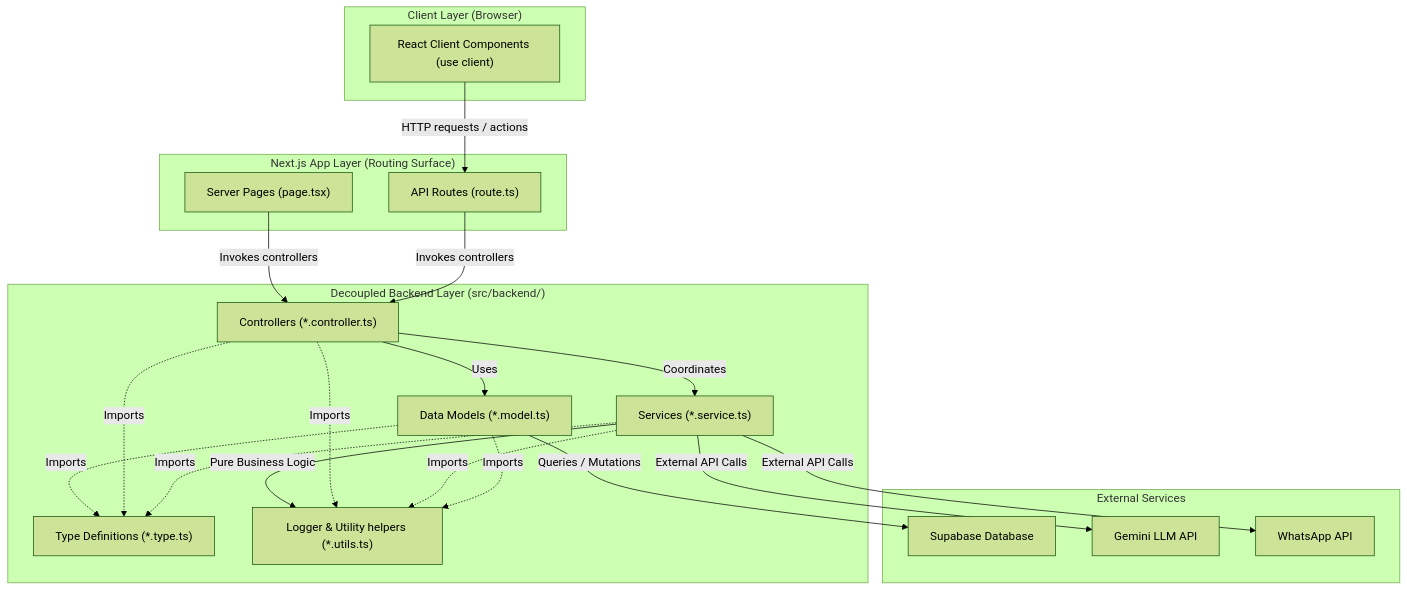
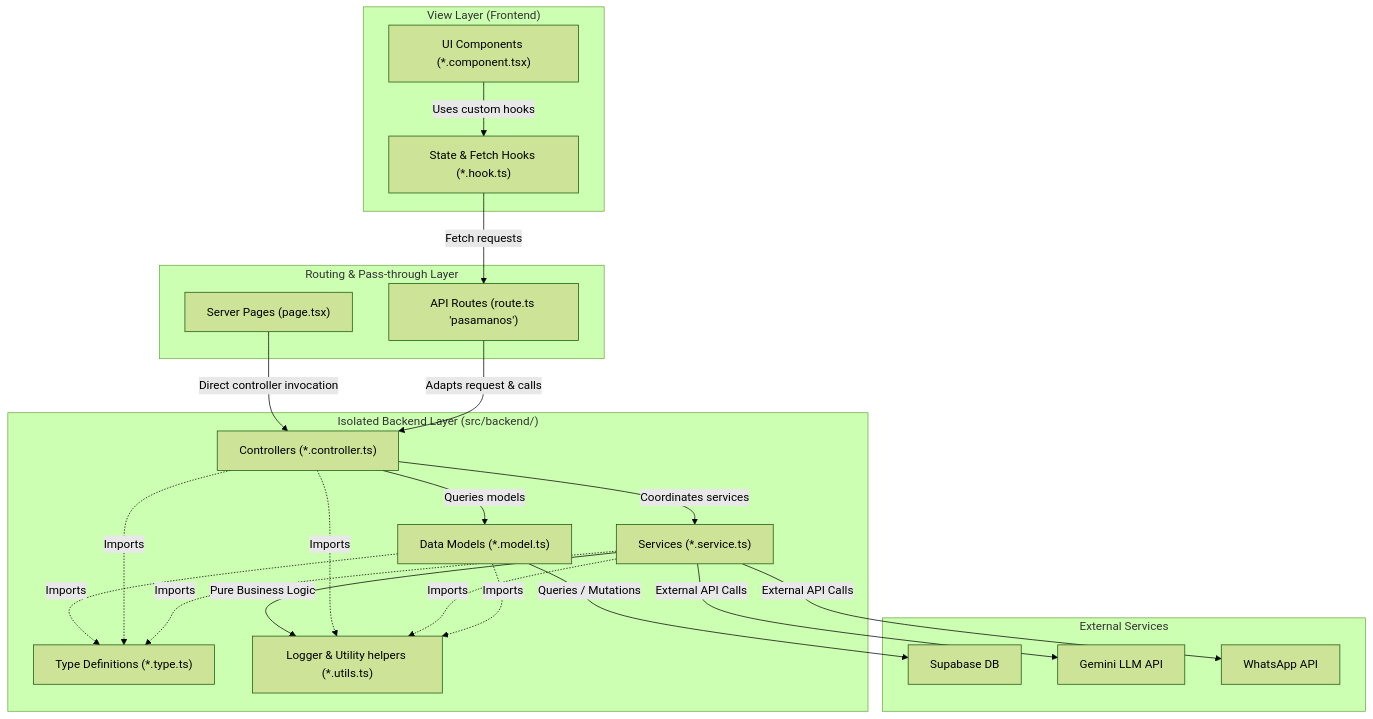
One commit to Juarpla/loyalty changed the diagram in docs/architecture.md. Above: the diagram before and after it, drawn with Mermaid (forest theme). The commit also changed other lines of this file and 1 other file, not shown here.

Commit message:
Update conventions and architecture documentation to enforce lowercase naming for files and directories; clarify MVC principles and backend layer responsibilities

````diff
--- a/docs/architecture.md
+++ b/docs/architecture.md
@@ -51,44 +76,46 @@
 ```mermaid
 graph TD
-    subgraph Client ["Client Layer (Browser)"]
-        UI["React Client Components (use client)"]
+    subgraph View ["View Layer (Frontend)"]
+        UI["UI Components (*.component.tsx)"]
+        Hooks["State & Fetch Hooks (*.hook.ts)"]
     end
 
-    subgraph NextJS ["Next.js App Layer (Routing Surface)"]
+    subgraph Routing ["Routing & Pass-through Layer"]
         Pages["Server Pages (page.tsx)"]
-        APIRoutes["API Routes (route.ts)"]
+        APIRoutes["API Routes (route.ts 'pasamanos')"]
     end
 
-    subgraph Backend ["Decoupled Backend Layer (src/backend/)"]
+    subgraph Backend ["Isolated Backend Layer (src/backend/)"]
         Controllers["Controllers (*.controller.ts)"]
         Services["Services (*.service.ts)"]
         Models["Data Models (*.model.ts)"]
         Types["Type Definitions (*.type.ts)"]
         Utils["Logger & Utility helpers (*.utils.ts)"]
     end
 
     subgraph External ["External Services"]
-        Supabase["Supabase Database"]
+        Supabase["Supabase DB"]
         Gemini["Gemini LLM API"]
         WhatsApp["WhatsApp API"]
     end
 
-    %% Interactions
-    UI -->|HTTP requests / actions| APIRoutes
-    Pages -->|Invokes controllers| Controllers
-    APIRoutes -->|Invokes controllers| Controllers
-    Controllers -->|Coordinates| Services
-    Controllers -->|Uses| Models
+    %% Flow of interactions
+    UI -->|Uses custom hooks| Hooks
+    Hooks -->|Fetch requests| APIRoutes
+    Pages -->|Direct controller invocation| Controllers
+    APIRoutes -->|Adapts request & calls| Controllers
+    Controllers -->|Coordinates services| Services
+    Controllers -->|Queries models| Models
     Services -->|Pure Business Logic| Utils
     Services -->|External API Calls| Gemini
     Services -->|External API Calls| WhatsApp
     Models -->|Queries / Mutations| Supabase
     
     %% Shared dependencies
     Models -.->|Imports| Types
     Controllers -.->|Imports| Types
     Services -.->|Imports| Types
     Controllers -.->|Imports| Utils
     Services -.->|Imports| Utils
     Models -.->|Imports| Utils
 ```
````
